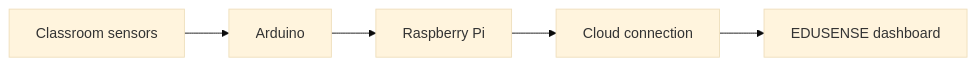
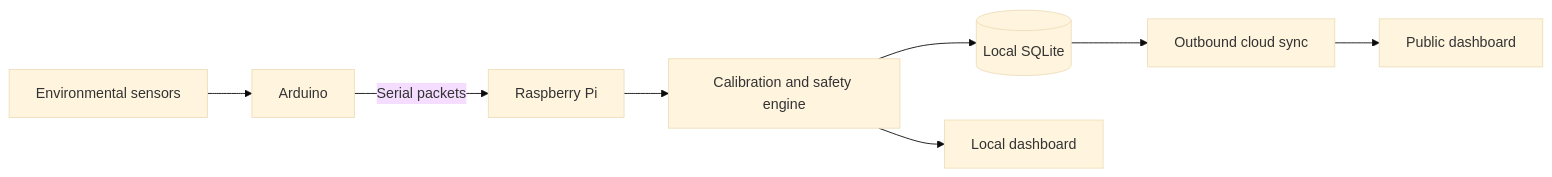
Before and after one commit to ojasprm-codes/edusense-ATL: the diagram in README.md, drawn with Mermaid (base theme). The commit also changed other lines of this file and 25 other files, not shown here.

````diff
--- a/README.md
+++ b/README.md
@@ -33,7 +17,10 @@
 ```mermaid
 flowchart LR
-    Sensors[Classroom sensors] --> Arduino[Arduino]
-    Arduino --> Pi[Raspberry Pi]
-    Pi --> Cloud[Cloud connection]
-    Cloud --> Dashboard[EDUSENSE dashboard]
+    Sensors[Environmental sensors] --> Arduino[Arduino]
+    Arduino -->|Serial packets| Pi[Raspberry Pi]
+    Pi --> Engine[Calibration and safety engine]
+    Engine --> DB[(Local SQLite)]
+    Engine --> Local[Local dashboard]
+    DB --> Sync[Outbound cloud sync]
+    Sync --> Web[Public dashboard]
 ```
````
